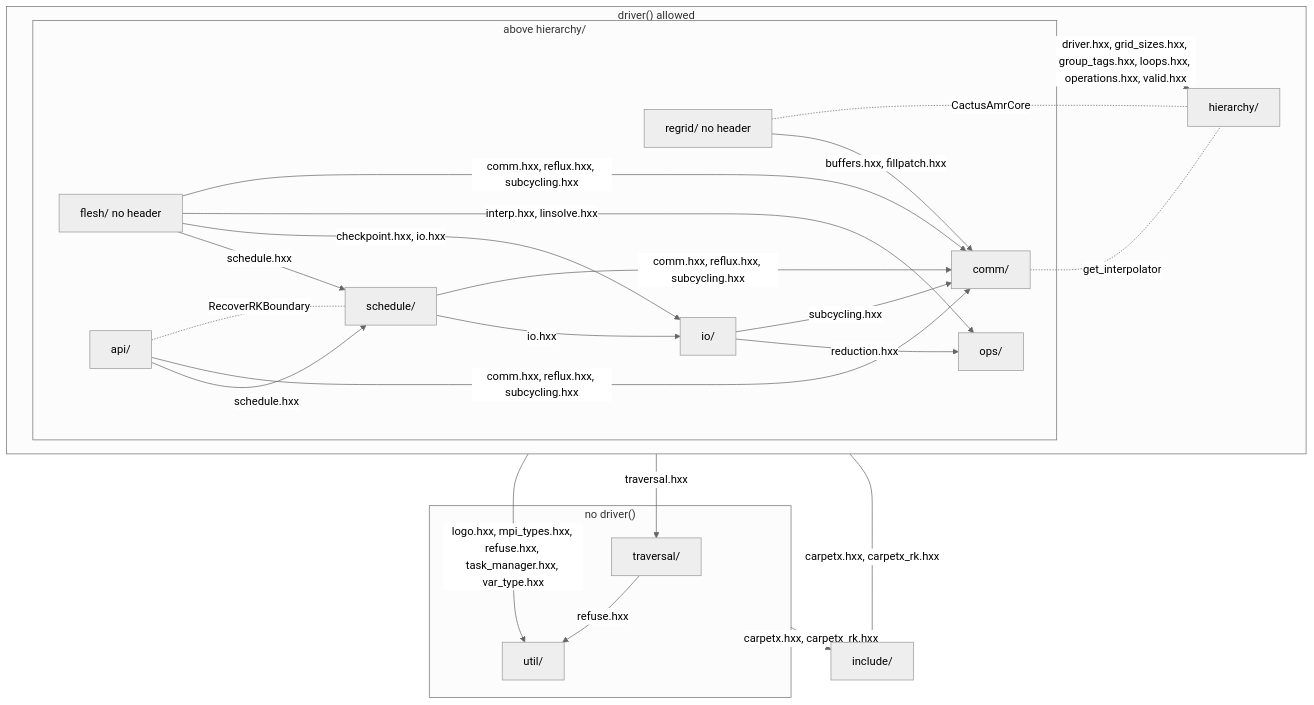
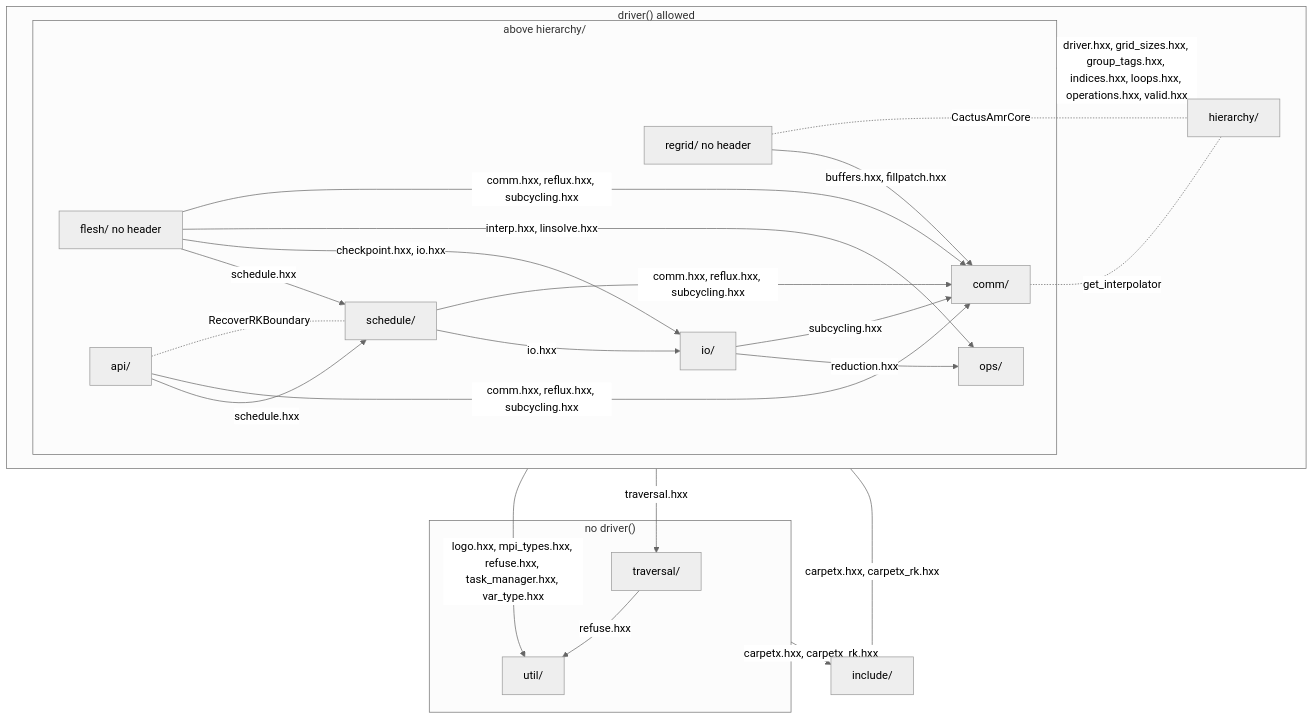
One commit to lwJi/CarpetX changed the first of 3 diagrams in agent_docs/carpetx-internals.md. Above: the diagram before and after it, drawn with Mermaid (neutral theme). The commit also changed 25 other files, not shown here.

````diff
--- a/agent_docs/carpetx-internals.md
+++ b/agent_docs/carpetx-internals.md
@@ -7,40 +7,40 @@
 ```mermaid
 flowchart TB
   subgraph door["driver() allowed"]
     subgraph above["above hierarchy/"]
       flesh["flesh/ no header"]
       api["api/"]
       schedule["schedule/"]
       io["io/"]
       ops["ops/"]
       regrid["regrid/ no header"]
       comm["comm/"]
     end
     hierarchy["hierarchy/"]
   end
   subgraph nodoor["no driver()"]
     traversal["traversal/"]
     util["util/"]
   end
   include["include/"]
   flesh -- "schedule.hxx" --> schedule
   flesh -- "checkpoint.hxx, io.hxx" --> io
   flesh -- "interp.hxx, linsolve.hxx" --> ops
   flesh -- "comm.hxx, reflux.hxx, subcycling.hxx" --> comm
   api -- "schedule.hxx" --> schedule
   api -- "comm.hxx, reflux.hxx, subcycling.hxx" --> comm
   schedule -- "io.hxx" --> io
   schedule -- "comm.hxx, reflux.hxx, subcycling.hxx" --> comm
   io -- "reduction.hxx" --> ops
   io -- "subcycling.hxx" --> comm
   regrid -- "buffers.hxx, fillpatch.hxx" --> comm
   traversal -- "refuse.hxx" --> util
-  above -- "driver.hxx, grid_sizes.hxx, group_tags.hxx, loops.hxx, operations.hxx, valid.hxx" --> hierarchy
+  above -- "driver.hxx, grid_sizes.hxx, group_tags.hxx, indices.hxx, loops.hxx, operations.hxx, valid.hxx" --> hierarchy
   door -- "traversal.hxx" --> traversal
   door -- "logo.hxx, mpi_types.hxx, refuse.hxx, task_manager.hxx, var_type.hxx" --> util
   door -- "carpetx.hxx, carpetx_rk.hxx" --> include
   nodoor -- "carpetx.hxx, carpetx_rk.hxx" --> include
   comm -. "get_interpolator" .- hierarchy
   regrid -. "CactusAmrCore" .- hierarchy
   api -. "RecoverRKBoundary" .- schedule
 ```
````
